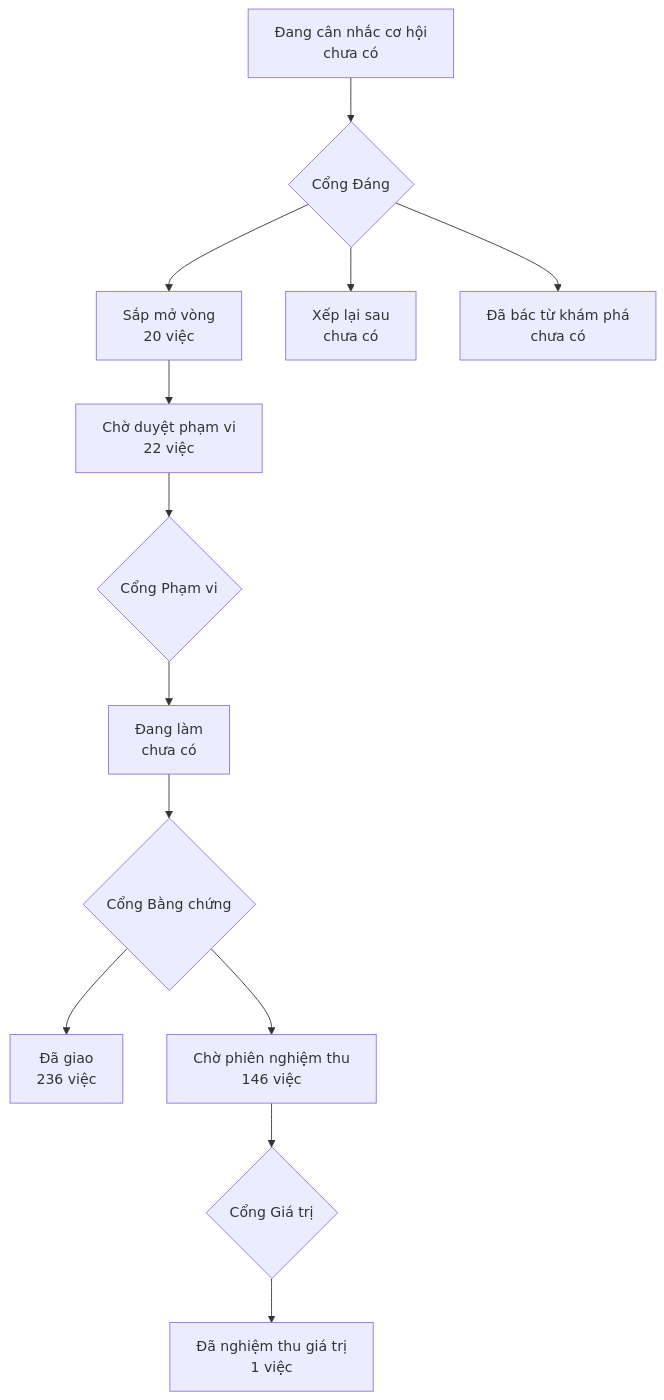
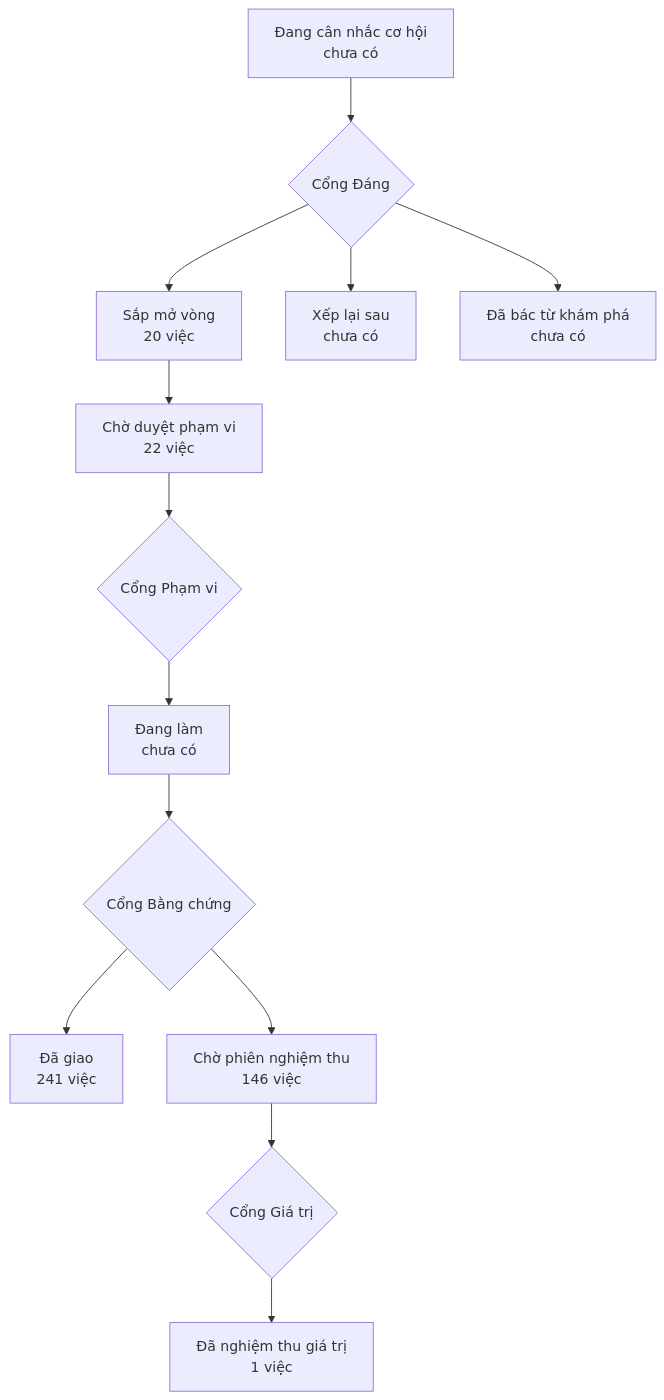
The diagram in PRODUCT-MAP.md (phanlemanh/onehub-invest), drawn with Mermaid before and after one commit. The commit also changed other lines of this file and 1 other file, not shown here.

````diff
--- a/PRODUCT-MAP.md
+++ b/PRODUCT-MAP.md
@@ -7,12 +7,12 @@
 ```mermaid
 flowchart TD
   A["Đang cân nhắc cơ hội<br/>chưa có"] --> GD{"Cổng Đáng"}
   GD --> B["Sắp mở vòng<br/>20 việc"]
   GD --> XL["Xếp lại sau<br/>chưa có"]
   GD --> DB["Đã bác từ khám phá<br/>chưa có"]
   B --> CD["Chờ duyệt phạm vi<br/>22 việc"] --> GP{"Cổng Phạm vi"}
   GP --> DL["Đang làm<br/>chưa có"] --> GB{"Cổng Bằng chứng"}
-  GB --> DG["Đã giao<br/>236 việc"]
+  GB --> DG["Đã giao<br/>241 việc"]
   GB --> CN["Chờ phiên nghiệm thu<br/>146 việc"] --> GG{"Cổng Giá trị"}
   GG --> NT["Đã nghiệm thu giá trị<br/>1 việc"]
 ```
````
